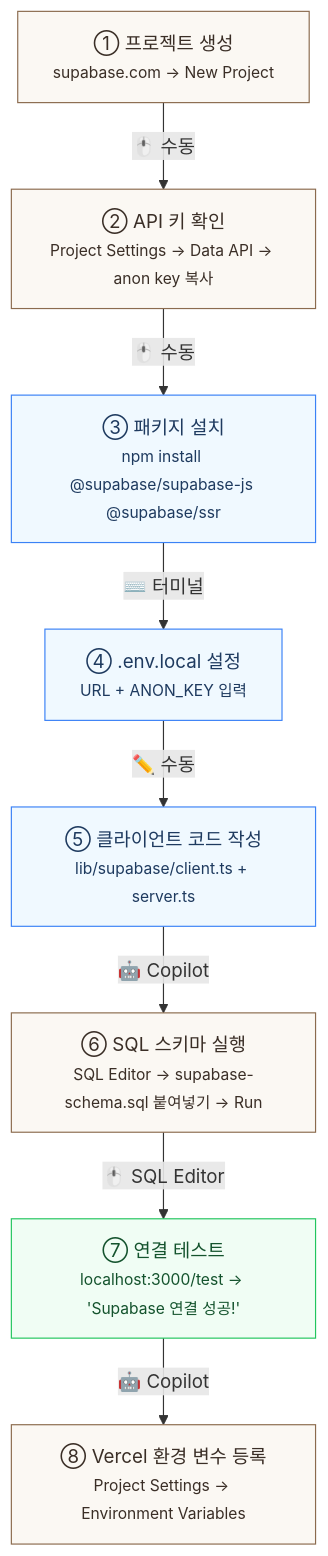
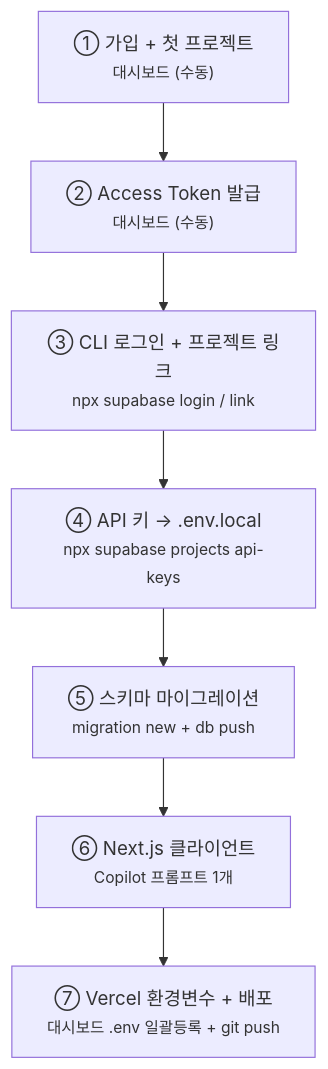
One commit to rbwls098/my-first-web changed the diagram in docs/ch8A.md. Above: the diagram before and after it, drawn with Mermaid. The commit also changed other lines of this file and 7 other files, not shown here.

Commit message:
Ch8: Add Supabase client setup and migration files

````diff
--- a/docs/ch8A.md
+++ b/docs/ch8A.md
@@ -11,28 +12,12 @@
 ```mermaid
 flowchart TD
-    A["① 프로젝트 생성<br/><small>supabase.com → New Project</small>"]
-    B["② API 키 확인<br/><small>Project Settings → Data API → anon key 복사</small>"]
-    C["③ 패키지 설치<br/><small>npm install @supabase/supabase-js @supabase/ssr</small>"]
-    D["④ .env.local 설정<br/><small>URL + ANON_KEY 입력</small>"]
-    E["⑤ 클라이언트 코드 작성<br/><small>lib/supabase/client.ts + server.ts</small>"]
-    F["⑥ SQL 스키마 실행<br/><small>SQL Editor → supabase-schema.sql 붙여넣기 → Run</small>"]
-    G["⑦ 연결 테스트<br/><small>localhost:3000/test → 'Supabase 연결 성공!'</small>"]
-    H["⑧ Vercel 환경 변수 등록<br/><small>Project Settings → Environment Variables</small>"]
+    A["① 가입 + 첫 프로젝트<br/><small>대시보드 (수동)</small>"]
+    B["② Access Token 발급<br/><small>대시보드 (수동)</small>"]
+    C["③ CLI 로그인 + 프로젝트 링크<br/><small>npx supabase login / link</small>"]
+    D["④ API 키 → .env.local<br/><small>npx supabase projects api-keys</small>"]
+    E["⑤ 스키마 마이그레이션<br/><small>migration new + db push</small>"]
+    F["⑥ Next.js 클라이언트<br/><small>Copilot 프롬프트 1개</small>"]
+    G["⑦ Vercel 환경변수 + 배포<br/><small>대시보드 .env 일괄등록 + git push</small>"]
 
-    A -->|"🖱️ 수동"| B
-    B -->|"🖱️ 수동"| C
-    C -->|"⌨️ 터미널"| D
-    D -->|"✏️ 수동"| E
-    E -->|"🤖 Copilot"| F
-    F -->|"🖱️ SQL Editor"| G
-    G -->|"🤖 Copilot"| H
-
-    style A fill:#FBF8F3,stroke:#8B6B4E,color:#3A2E26
-    style B fill:#FBF8F3,stroke:#8B6B4E,color:#3A2E26
-    style C fill:#f0f9ff,stroke:#3b82f6,color:#1e3a5f
-    style D fill:#f0f9ff,stroke:#3b82f6,color:#1e3a5f
-    style E fill:#f0f9ff,stroke:#3b82f6,color:#1e3a5f
-    style F fill:#FBF8F3,stroke:#8B6B4E,color:#3A2E26
-    style G fill:#f0fdf4,stroke:#22c55e,color:#14532d
-    style H fill:#FBF8F3,stroke:#8B6B4E,color:#3A2E26
+    A --> B --> C --> D --> E --> F --> G
 ```
````
